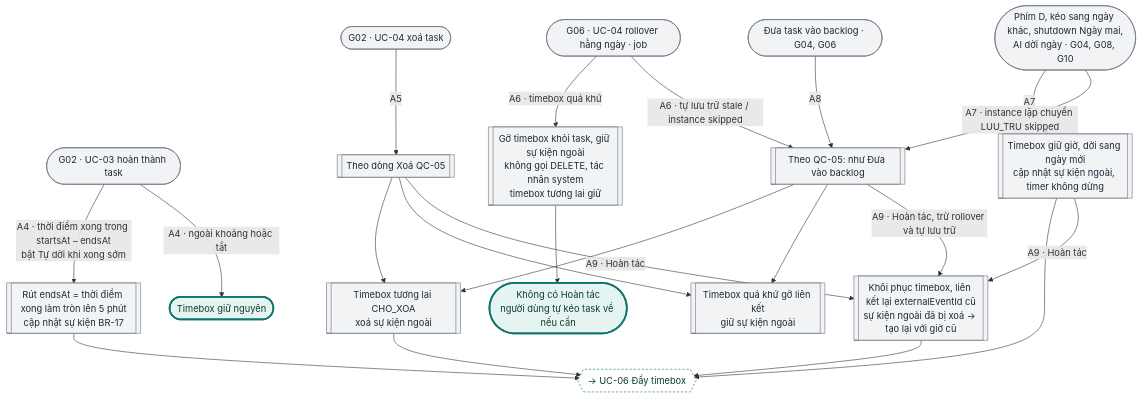
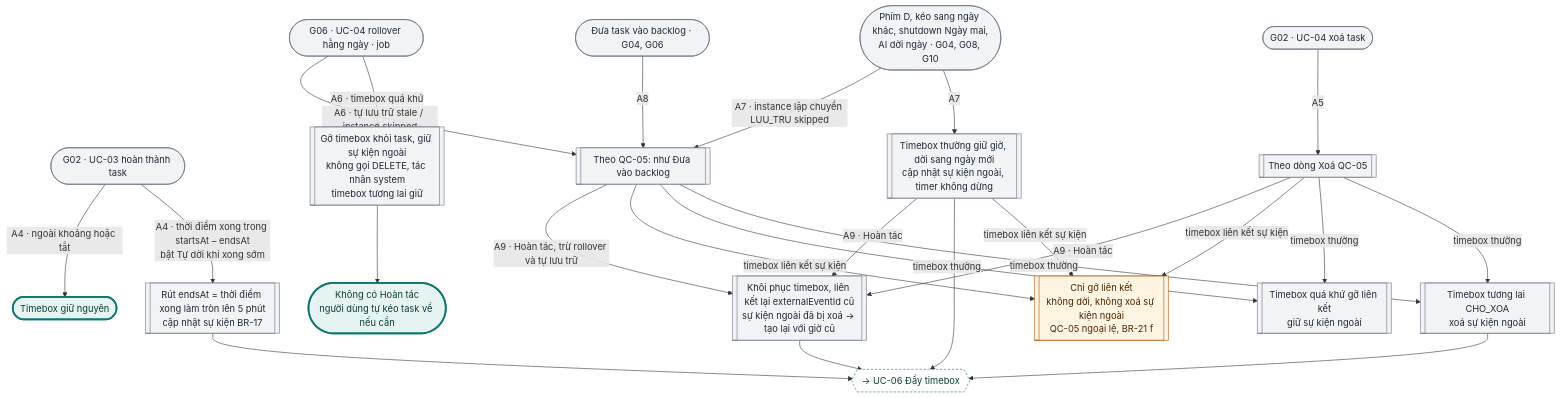
The tenth of 23 diagrams in docs/design-brief/flow/g05-lich-timebox.md (tannguyenho/personal-app), drawn with Mermaid before and after one commit. The commit also changed other lines of this file and 6 other files, not shown here.

First line of the commit message:
docs: timebox liên kết sự kiện chỉ gỡ liên kết ở mọi đường (QC-05, B8)

````diff
--- a/docs/design-brief/flow/g05-lich-timebox.md
+++ b/docs/design-brief/flow/g05-lich-timebox.md
@@ -459,36 +459,40 @@
 ```mermaid
 flowchart TD
   g02c(["G02 · UC-03 hoàn thành task"]) -->|"A4 · thời điểm xong trong startsAt – endsAt<br/>bật Tự dời khi xong sớm"| a4[["Rút endsAt = thời điểm xong làm tròn lên 5 phút<br/>cập nhật sự kiện BR-17"]]
   g02c -->|"A4 · ngoài khoảng hoặc tắt"| a4n(["Timebox giữ nguyên"])
   g02d(["G02 · UC-04 xoá task"]) -->|"A5"| a5[["Theo dòng Xoá QC-05"]]
   g06b(["Đưa task vào backlog · G04, G06"]) -->|"A8"| a8[["Theo QC-05: như Đưa vào backlog"]]
-  g04d(["Phím D, kéo sang ngày khác, shutdown Ngày mai,<br/>AI dời ngày · G04, G08, G10"]) -->|"A7"| a7[["Timebox giữ giờ, dời sang ngày mới<br/>cập nhật sự kiện ngoài, timer không dừng"]]
+  g04d(["Phím D, kéo sang ngày khác, shutdown Ngày mai,<br/>AI dời ngày · G04, G08, G10"]) -->|"A7"| a7[["Timebox thường giữ giờ, dời sang ngày mới<br/>cập nhật sự kiện ngoài, timer không dừng"]]
   g04d -->|"A7 · instance lặp chuyển LUU_TRU skipped"| a8
   g06r(["G06 · UC-04 rollover hằng ngày · job"]) -->|"A6 · timebox quá khứ"| a6[["Gỡ timebox khỏi task, giữ sự kiện ngoài<br/>không gọi DELETE, tác nhân system<br/>timebox tương lai giữ"]]
   a6 --> a6ok(["Không có Hoàn tác<br/>người dùng tự kéo task về nếu cần"])
   g06r -->|"A6 · tự lưu trữ stale / instance skipped"| a8
-  a5 --> fut[["Timebox tương lai CHO_XOA<br/>xoá sự kiện ngoài"]]
-  a5 --> past[["Timebox quá khứ gỡ liên kết<br/>giữ sự kiện ngoài"]]
-  a8 --> fut
-  a8 --> past
+  a5 -->|"timebox thường"| fut[["Timebox tương lai CHO_XOA<br/>xoá sự kiện ngoài"]]
+  a5 -->|"timebox thường"| past[["Timebox quá khứ gỡ liên kết<br/>giữ sự kiện ngoài"]]
+  a8 -->|"timebox thường"| fut
+  a8 -->|"timebox thường"| past
+  a5 -->|"timebox liên kết sự kiện"| lk[["Chỉ gỡ liên kết<br/>không dời, không xoá sự kiện ngoài<br/>QC-05 ngoại lệ, BR-21 f"]]
+  a7 -->|"timebox liên kết sự kiện"| lk
+  a8 -->|"timebox liên kết sự kiện"| lk
   a4 --> x6{{"→ UC-06 Đẩy timebox"}}
   a7 --> x6
   fut --> x6
   a5 -->|"A9 · Hoàn tác"| a9[["Khôi phục timebox, liên kết lại externalEventId cũ<br/>sự kiện ngoài đã bị xoá → tạo lại với giờ cũ"]]
   a7 -->|"A9 · Hoàn tác"| a9
   a8 -->|"A9 · Hoàn tác, trừ rollover và tự lưu trữ"| a9
   a9 --> x6
 
   class g02c,g02d,g06b,g04d,g06r,a4,a5,a8,a7,a6,fut,past,a9 alt
+  class lk warn
   class a4n,a6ok done
   class x6 link
   classDef happy fill:#E6F4F1,stroke:#0F766E,color:#0B3B36
   classDef alt fill:#F1F3F5,stroke:#6B7280,color:#1F2937
   classDef err fill:#FDECEC,stroke:#B42318,color:#5C1010
   classDef warn fill:#FEF4E2,stroke:#B45309,color:#4A2604
   classDef ai fill:#F1ECFD,stroke:#6D28D9,color:#2E1065
   classDef sync fill:#FFFFFF,stroke:#6B7280,stroke-dasharray:4 3,color:#1F2937
   classDef link fill:#FFFFFF,stroke:#0F766E,stroke-dasharray:4 3,color:#0B3B36
   classDef done fill:#E6F4F1,stroke:#0F766E,stroke-width:3px,color:#0B3B36
   classDef fail fill:#FDECEC,stroke:#B42318,stroke-width:3px,color:#5C1010
 ```
````
